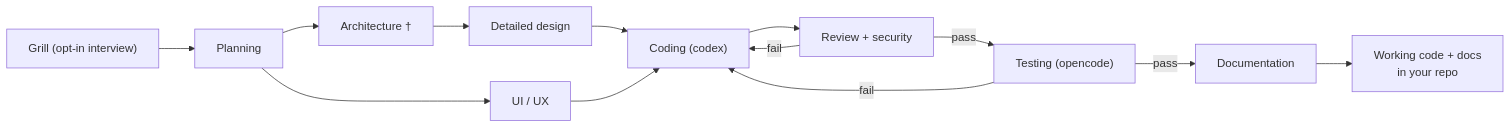
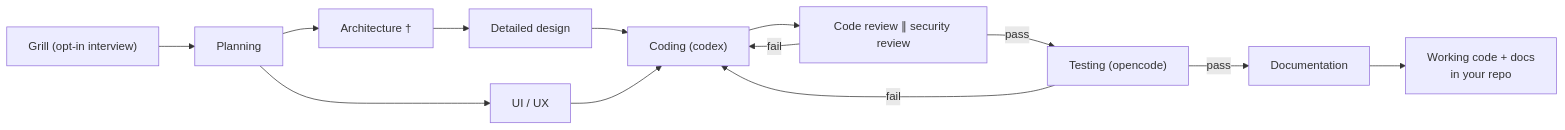
One commit to vankhangfet/orca-sdlc-kit changed the first of 3 diagrams in README.md. Above: the diagram before and after it, drawn with Mermaid. The commit also changed other lines of this file and 2 other files, not shown here.

Commit message:
docs: parallel reviews — README diagram, CONFIGURATION §3.9, roadmap v2.2.0
🤖 Generated with [Claude Code](https://claude.com/claude-code)

````diff
--- a/README.md
+++ b/README.md
@@ -166,15 +166,15 @@
 ```mermaid
 flowchart LR
     G["Grill (opt-in interview)"] --> P[Planning]
     P --> A["Architecture †"]
     A --> D[Detailed design]
     P --> U[UI / UX]
     D --> C["Coding (codex)"]
     U --> C
-    C --> R["Review + security"]
+    C --> R["Code review ∥ security review"]
     R -- fail --> C
     R -- pass --> T["Testing (opencode)"]
     T -- fail --> C
     T -- pass --> W[Documentation]
     W --> O["Working code + docs<br/>in your repo"]
 ```
````
